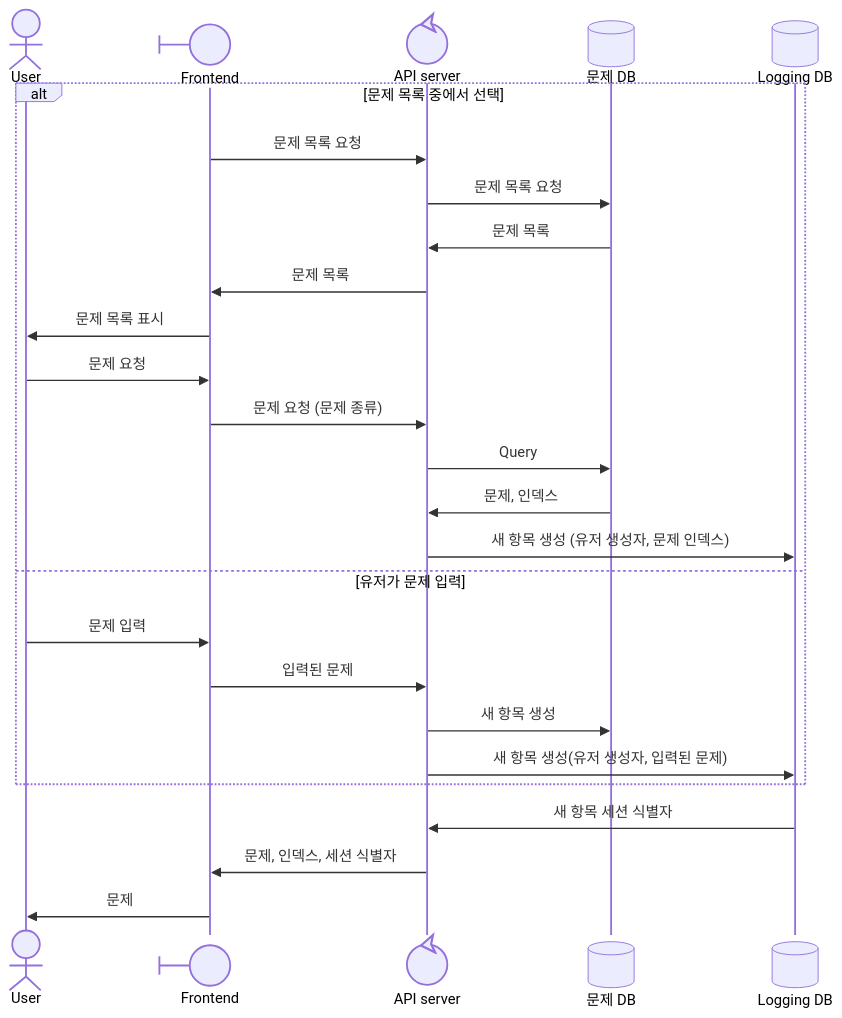
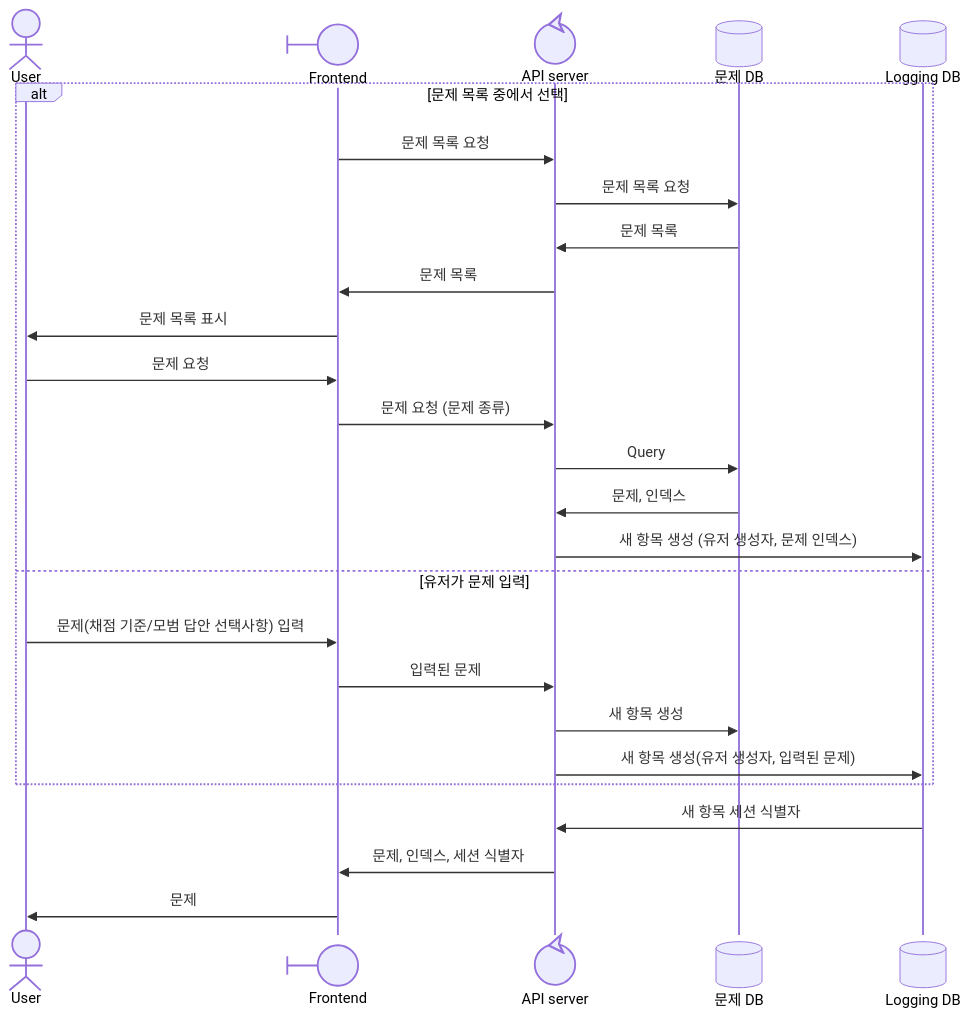
Before and after one commit to bookyoulove/paragraphy: the second of 5 diagrams in 설계문서/시퀀스 다이어그램.md, drawn with Mermaid. The commit also changed 1 other file, not shown here.

Commit message:
유저의 채점기준/모범답안 입력

````diff
--- a/설계문서/시퀀스 다이어그램.md
+++ b/설계문서/시퀀스 다이어그램.md
@@ -24,28 +24,28 @@
 ```mermaid
 sequenceDiagram
     actor User
     participant Frontend@{ "type" : "boundary" }
     participant API@{ "type" : "control" , alias: "API server"}
     participant problem@{ "type" : "database" , alias: "문제 DB"}
     participant log@{ "type" : "database" , alias: "Logging DB"}
     alt 문제 목록 중에서 선택
     Frontend->>API:문제 목록 요청
     API->>problem:문제 목록 요청
     problem->>API: 문제 목록
     API->>Frontend: 문제 목록
     Frontend->>User:문제 목록 표시
     User->>Frontend:문제 요청
     Frontend->>API:문제 요청 (문제 종류)
     API->>problem: Query
     problem->>API: 문제, 인덱스
     API->>log: 새 항목 생성 (유저 생성자, 문제 인덱스)
     else유저가 문제 입력
-    User->>Frontend: 문제 입력
+    User->>Frontend: 문제(채점 기준/모범 답안 선택사항) 입력
     Frontend->>API: 입력된 문제
     API->>problem: 새 항목 생성
     API->>log: 새 항목 생성(유저 생성자, 입력된 문제)
     end
     log->>API: 새 항목 세션 식별자
     API->>Frontend: 문제, 인덱스, 세션 식별자
     Frontend->>User: 문제
 ```
````
